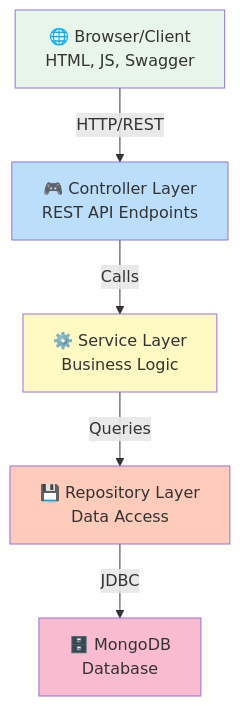
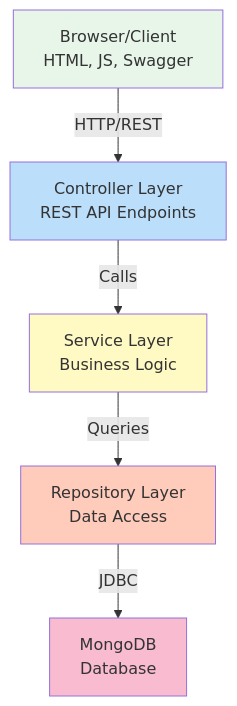
One commit to fasai444/GreenDesk changed the first of 5 diagrams in GreenDesk-Doc/docs/architecture.md. Above: the diagram before and after it, drawn with Mermaid. The commit also changed other lines of this file and 36 other files, not shown here.

````diff
--- a/GreenDesk-Doc/docs/architecture.md
+++ b/GreenDesk-Doc/docs/architecture.md
@@ -7,20 +7,20 @@
 ```mermaid
 graph TB
-    Client["🌐 Browser/Client<br/>HTML, JS, Swagger"]
+    Client["Browser/Client<br/>HTML, JS, Swagger"]
     
-    Controller["🎮 Controller Layer<br/>REST API Endpoints"]
-    Service["⚙️ Service Layer<br/>Business Logic"]
-    Repository["💾 Repository Layer<br/>Data Access"]
-    DB["🗄️ MongoDB<br/>Database"]
+    Controller["Controller Layer<br/>REST API Endpoints"]
+    Service["Service Layer<br/>Business Logic"]
+    Repository["Repository Layer<br/>Data Access"]
+    DB["MongoDB<br/>Database"]
     
     Client -->|HTTP/REST| Controller
     Controller -->|Calls| Service
     Service -->|Queries| Repository
     Repository -->|JDBC| DB
     
     style Client fill:#e8f5e9
     style Controller fill:#bbdefb
     style Service fill:#fff9c4
     style Repository fill:#ffccbc
     style DB fill:#f8bbd0
 ```
````
